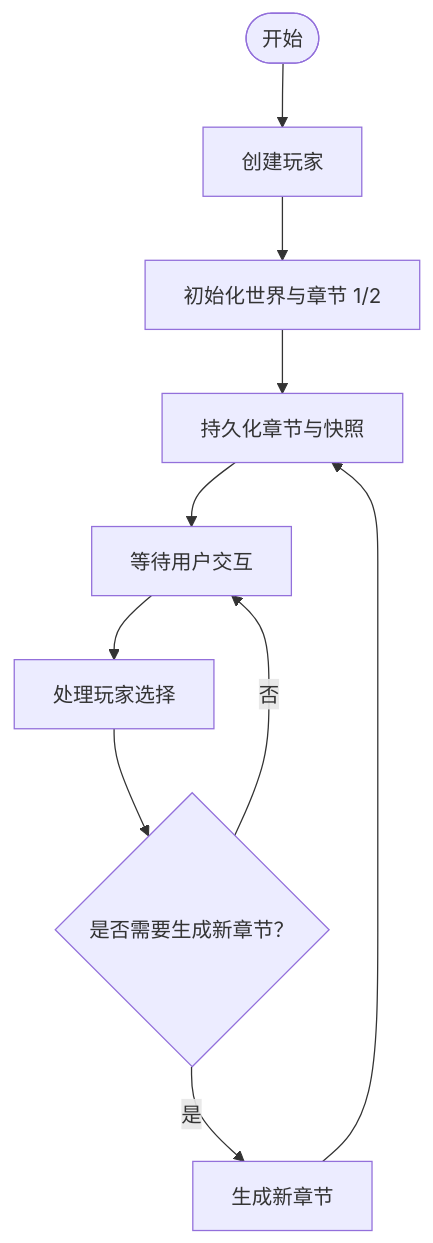
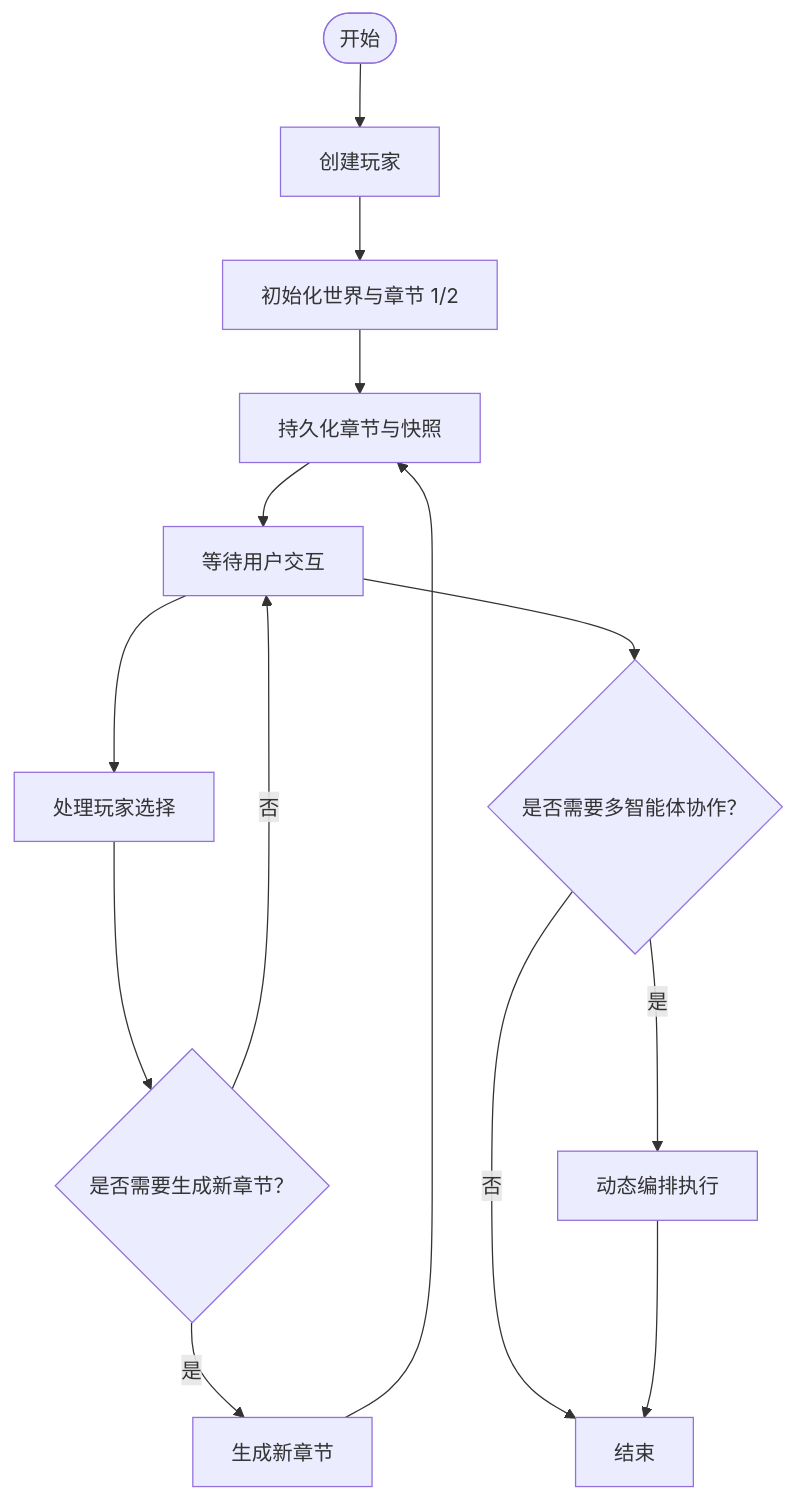
The fifth of 7 diagrams in .qoder/repowiki/zh/content/部署指南/部署指南.md (KunLabAI/KunFlix), drawn with Mermaid before and after one commit. The commit also changed other lines of this file and 25 other files, not shown here.

````diff
--- a/.qoder/repowiki/zh/content/部署指南/部署指南.md
+++ b/.qoder/repowiki/zh/content/部署指南/部署指南.md
@@ -206,12 +252,16 @@
 ```mermaid
 flowchart TD
 Start(["开始"]) --> Create["创建玩家"]
 Create --> InitWorld["初始化世界与章节 1/2"]
 InitWorld --> Persist["持久化章节与快照"]
 Persist --> Ready["等待用户交互"]
 Ready --> Choice["处理玩家选择"]
 Choice --> Decide{"是否需要生成新章节？"}
 Decide --> |是| Gen["生成新章节"]
 Decide --> |否| Ready
 Gen --> Persist
+Ready --> MultiAgent{"是否需要多智能体协作？"}
+MultiAgent --> |是| Orchestrator["动态编排执行"]
+MultiAgent --> |否| End["结束"]
+Orchestrator --> End
 ```
````
